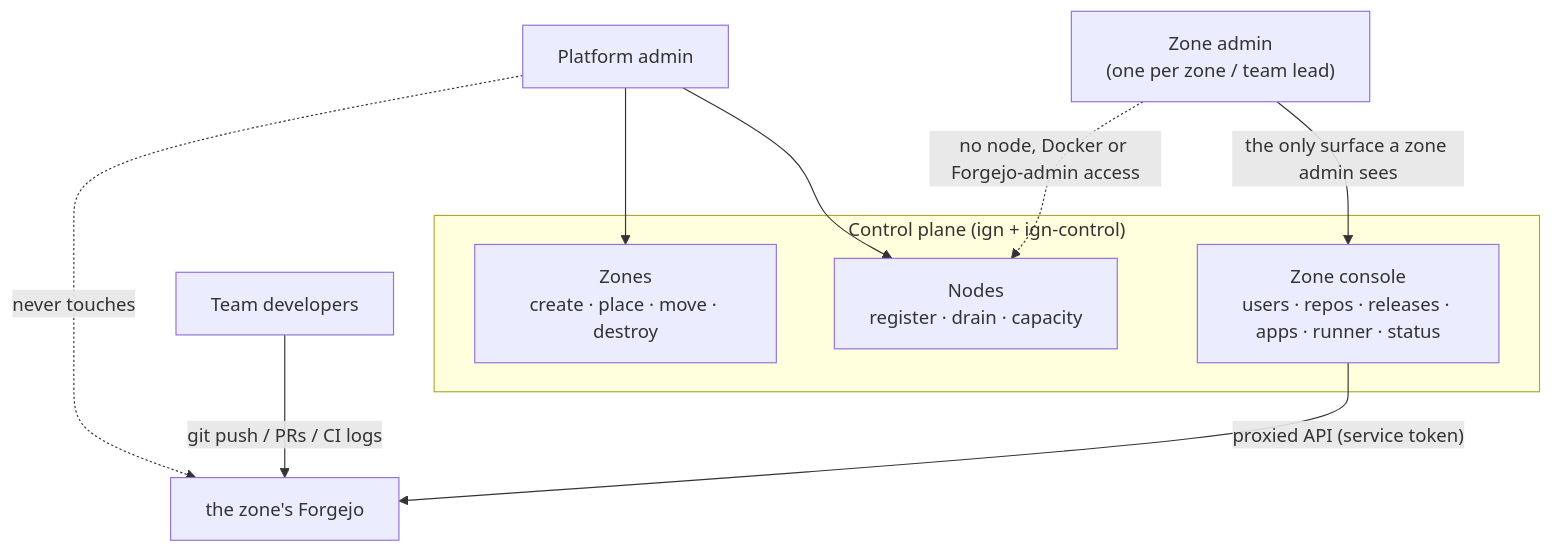
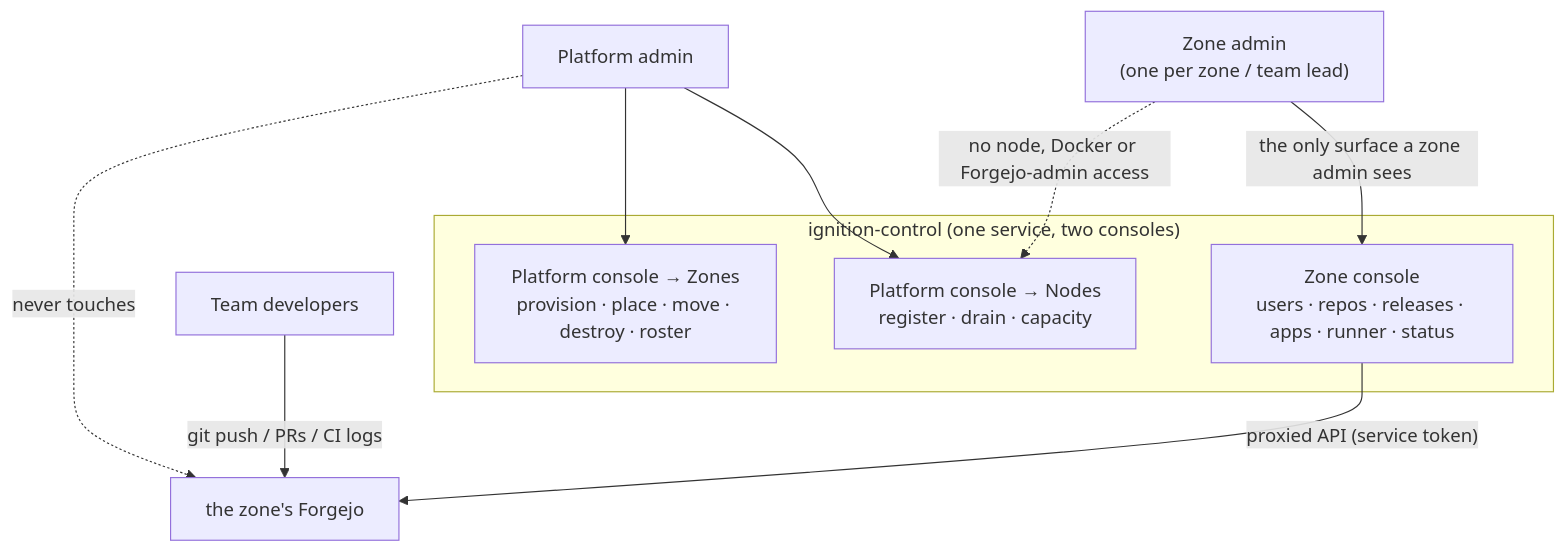
Before and after one commit to johnjoeallen/ignition: the diagram in docs/roles.md, drawn with Mermaid. The commit also changed other lines of this file and 22 other files, not shown here.

First line of the commit message:
Cut over to ignition-control (DESIGN.md step 9)

````diff
--- a/docs/roles.md
+++ b/docs/roles.md
@@ -5,21 +5,21 @@
 ```mermaid
 flowchart TB
     pa["Platform admin"]
     za["Zone admin<br/>(one per zone / team lead)"]
     dev["Team developers"]
 
-    subgraph cp["Control plane (ign + ign-control)"]
-        nodes["Nodes<br/>register · drain · capacity"]
-        zones["Zones<br/>create · place · move · destroy"]
+    subgraph cp["ignition-control (one service, two consoles)"]
+        nodes["Platform console → Nodes<br/>register · drain · capacity"]
+        zones["Platform console → Zones<br/>provision · place · move · destroy · roster"]
         zoneconsole["Zone console<br/>users · repos · releases · apps · runner · status"]
     end
 
     pa --> nodes
     pa --> zones
     za -->|"the only surface a zone admin sees"| zoneconsole
     zoneconsole -->|"proxied API (service token)"| forgejo["the zone's Forgejo"]
     dev -->|"git push / PRs / CI logs"| forgejo
 
     pa -. "never touches" .-> forgejo
     za -. "no node, Docker or Forgejo-admin access" .-> nodes
 ```
````
